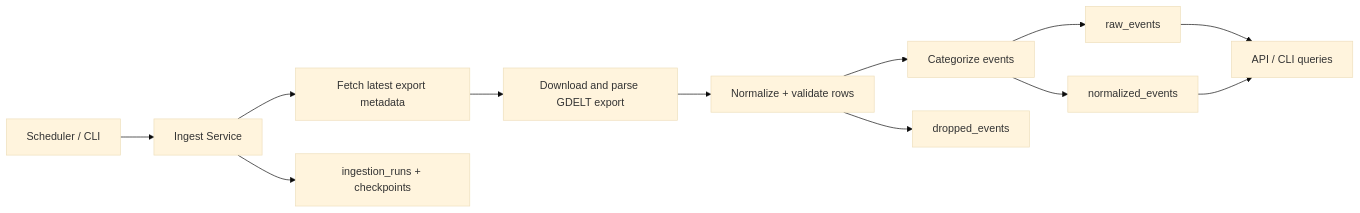
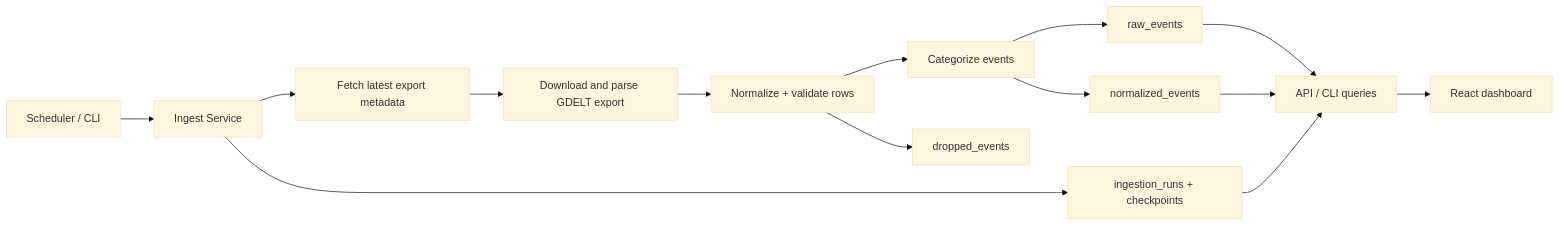
Before and after one commit to fegalvan/Global-News-Monitor: the diagram in README.md, drawn with Mermaid (base theme). The commit also changed other lines of this file, not shown here.

Commit message:
Document dashboard development and live data behavior

````diff
--- a/README.md
+++ b/README.md
@@ -34,14 +34,16 @@
 ```mermaid
 flowchart LR
     A["Scheduler / CLI"] --> B["Ingest Service"]
     B --> C["Fetch latest export metadata"]
     C --> D["Download and parse GDELT export"]
     D --> E["Normalize + validate rows"]
     E --> F["Categorize events"]
     F --> G["raw_events"]
     F --> H["normalized_events"]
     E --> I["dropped_events"]
     G --> J["API / CLI queries"]
     H --> J
     B --> K["ingestion_runs + checkpoints"]
+    K --> J
+    J --> L["React dashboard"]
 ```
````
